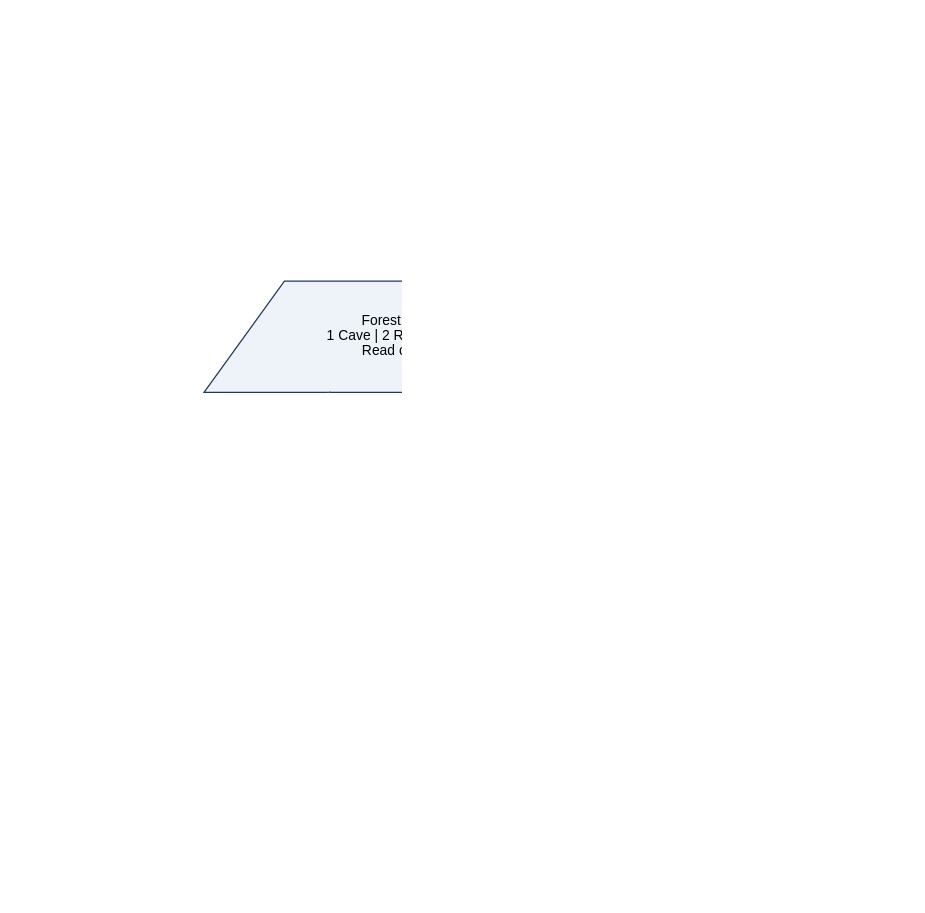
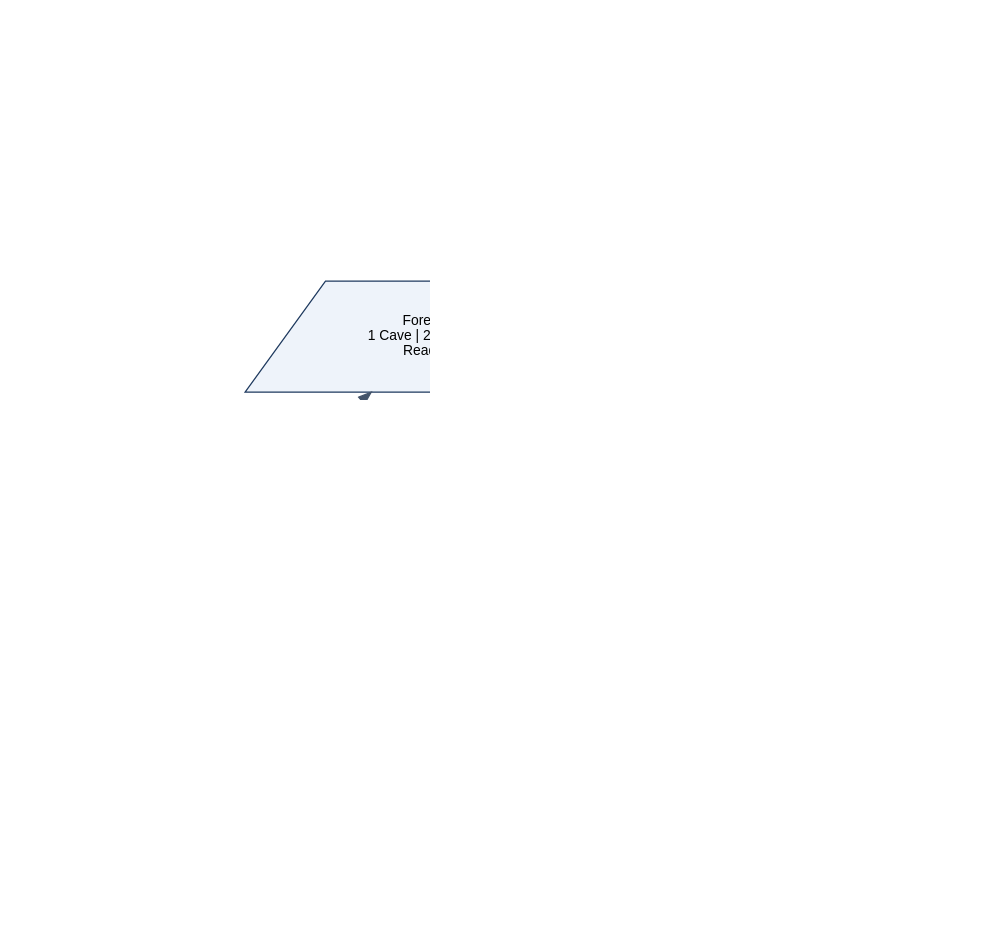
One commit to shoaibakhtar-08/text-adventure-game changed the diagram in docs/flowchart.dot. Above: the diagram before and after it, drawn with Graphviz. The commit also changed other lines of this file and 8 other files, not shown here.

Commit message:
Simplify adventure game

```diff
--- a/docs/flowchart.dot
+++ b/docs/flowchart.dot
@@ -1,38 +1,38 @@
 digraph G {
   rankdir=TB; dpi=170; nodesep=0.45; ranksep=0.45;
   node [fontname="Helvetica", fontsize=11, style="filled", color="#1f3a5f", fillcolor="#eef3fa"];
   edge [fontname="Helvetica", fontsize=10, color="#44546a"];
 
   start [label="START", shape=oval, fillcolor="#cfe8cf"];
   init  [label="Health = 100\nScore = 0", shape=box];
-  loop  [label="Health > 0?", shape=diamond, fillcolor="#fff4cc"];
+  loop  [label="Health > 0 ?", shape=diamond, fillcolor="#fff4cc"];
   menu  [label="Forest menu\n1 Cave | 2 River | 3 Quit\nRead choice", shape=parallelogram];
-  valid [label="Choice is 1, 2 or 3?", shape=diamond, fillcolor="#fff4cc"];
-  inv   [label="Print invalid-choice message\nAsk again", shape=box, fillcolor="#fde2e2"];
+  valid [label="Choice is 1, 2 or 3 ?", shape=diamond, fillcolor="#fff4cc"];
+  inv   [label="Print\n\"Invalid choice. Enter 1, 2 or 3.\"", shape=box, fillcolor="#fde2e2"];
   sel   [label="Which choice?", shape=diamond, fillcolor="#fff4cc"];
-  cave  [label="CAVE\nDamage = random 10-40\nHealth = max(0, Health - Damage)", shape=box];
-  alive [label="Health > 0?", shape=diamond, fillcolor="#fff4cc"];
-  key   [label="Add 20 points\nPrint key message", shape=box];
-  river [label="RIVER\nAdd 50 points\nHealth unchanged", shape=box];
-  quit  [label="Show final score and health", shape=box];
-  over  [label="Print Game Over and final score", shape=box, fillcolor="#fde2e2"];
+  cave  [label="CAVE\ndamage = random 10-40\nHealth = max(0, Health - damage)\nPrint attack message", shape=box];
+  alive [label="Health > 0 ?", shape=diamond, fillcolor="#fff4cc"];
+  key   [label="Score = Score + 20\nPrint \"You found a key!\"", shape=box];
+  river [label="RIVER\nScore = Score + 50\nPrint treasure + status", shape=box];
+  quit  [label="Print \"You left the adventure.\"\nShow final Score and Health", shape=box];
+  over  [label="Print \"Game Over!\"\nShow final Score", shape=box, fillcolor="#fde2e2"];
   end   [label="END", shape=oval, fillcolor="#f4cfcf"];
 
   start -> init -> loop;
   loop -> menu [label="Yes"];
   loop -> over [label="No"];
   menu -> valid;
   valid -> inv [label="No"];
   inv -> menu;
   valid -> sel [label="Yes"];
   sel -> cave [label="1"];
   sel -> river [label="2"];
   sel -> quit [label="3"];
   cave -> alive;
   alive -> key [label="Yes"];
   alive -> loop [label="No"];
   key -> loop;
   river -> loop;
   quit -> end;
   over -> end;
 }
```
